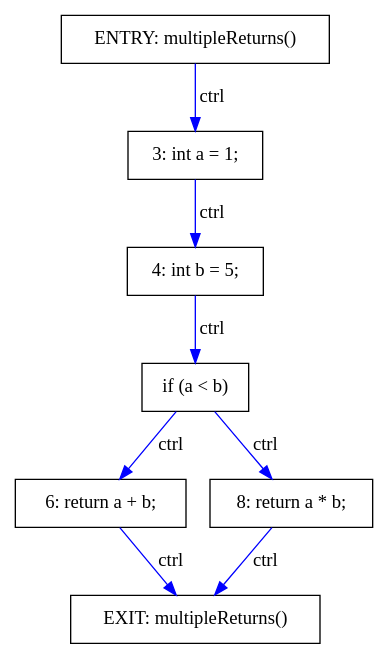
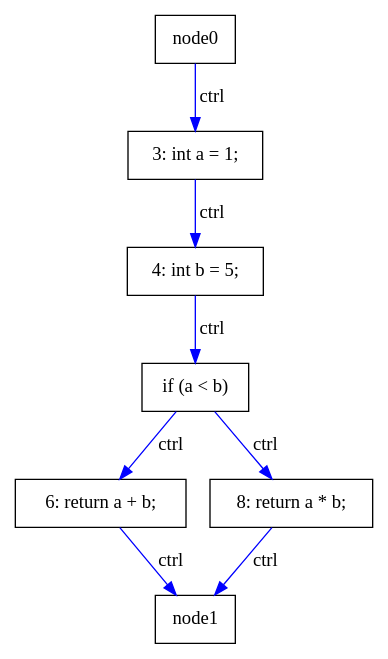
Before and after one commit to khaser/java-pdg: the diagram in results/MultipleReturns.dot, drawn with Graphviz. The commit also changed 21 other files, not shown here.

```diff
--- a/results/MultipleReturns.dot
+++ b/results/MultipleReturns.dot
@@ -1,20 +1,18 @@
 digraph PDG {
   rankdir=TB;
   node [shape=box];
 
-  node0 [label="ENTRY: multipleReturns()"];
-  node1 [label="EXIT: multipleReturns()"];
   node2 [label="3: int a = 1;"];
   node3 [label="4: int b = 5;"];
   node4 [label="if (a < b)"];
   node5 [label="6: return a + b;"];
   node6 [label="8: return a * b;"];
 
   node4 -> node5 [label="ctrl", color=blue];
   node4 -> node6 [label="ctrl", color=blue];
   node0 -> node2 [label="ctrl", color=blue];
   node2 -> node3 [label="ctrl", color=blue];
   node3 -> node4 [label="ctrl", color=blue];
   node5 -> node1 [label="ctrl", color=blue];
   node6 -> node1 [label="ctrl", color=blue];
 }
```
